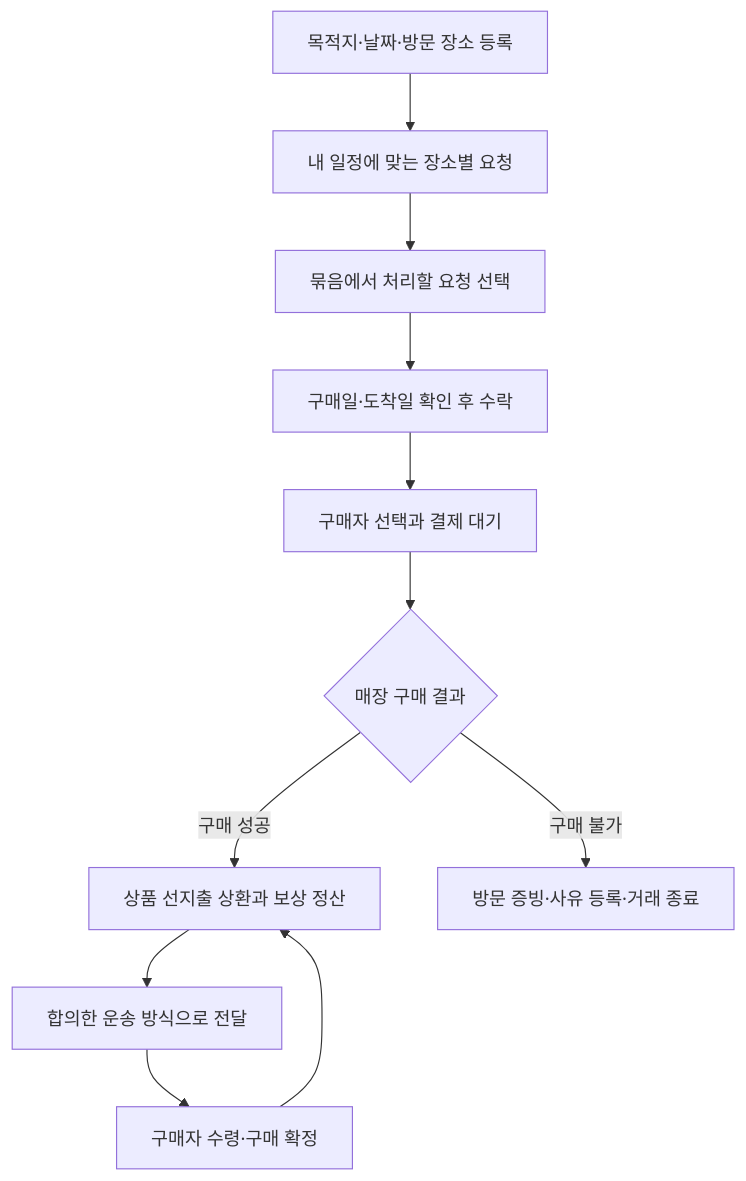
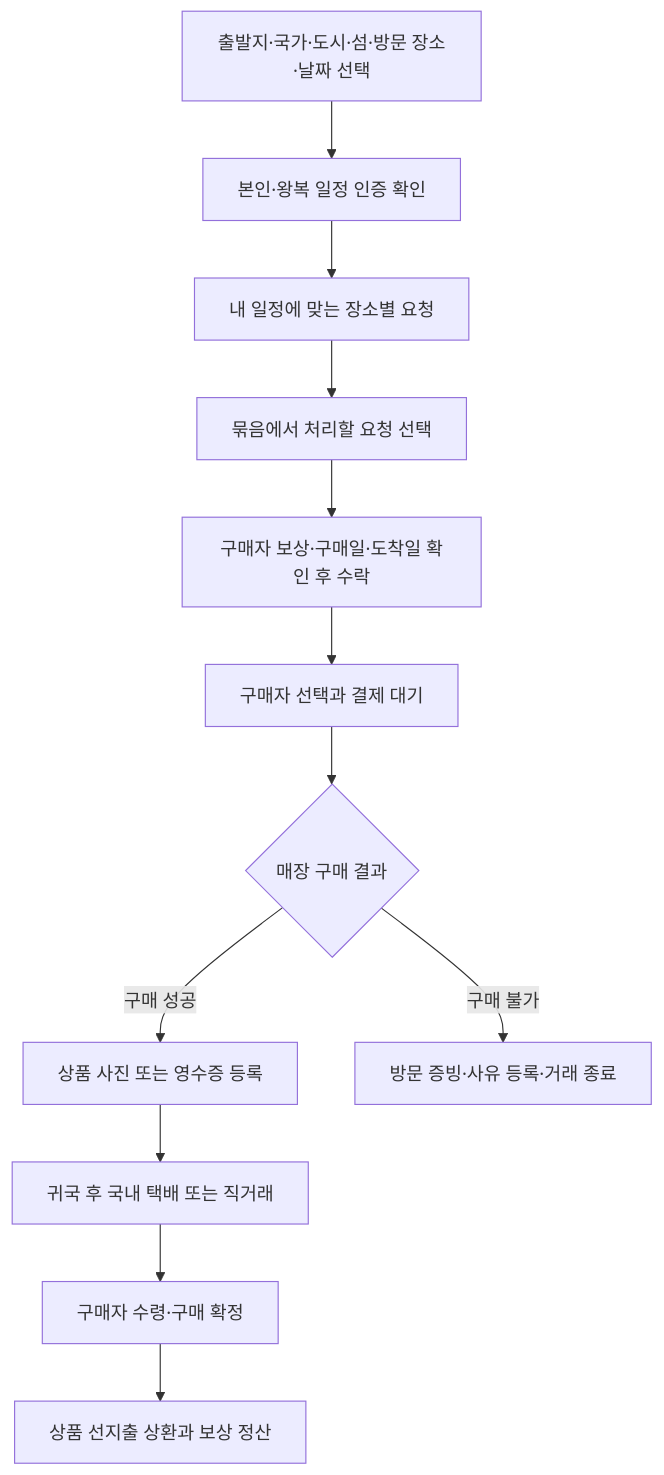
The second of 2 diagrams in docs/01-product-and-flows.md (sounkimha/moa), drawn with Mermaid before and after one commit. The commit also changed other lines of this file and 62 other files, not shown here.

````diff
--- a/docs/01-product-and-flows.md
+++ b/docs/01-product-and-flows.md
@@ -36,13 +36,14 @@
 ```mermaid
 flowchart TD
-  A["목적지·날짜·방문 장소 등록"] --> B["내 일정에 맞는 장소별 요청"]
+  A["출발지·국가·도시·섬·방문 장소·날짜 선택"] --> V["본인·왕복 일정 인증 확인"]
+  V --> B["내 일정에 맞는 장소별 요청"]
   B --> C["묶음에서 처리할 요청 선택"]
-  C --> D["구매일·도착일 확인 후 수락"]
+  C --> D["구매자 보상·구매일·도착일 확인 후 수락"]
   D --> E["구매자 선택과 결제 대기"]
   E --> F{"매장 구매 결과"}
-  F -->|구매 성공| I["상품 사진 또는 영수증 등록"]
+  F -->|구매 성공| P["상품 사진 또는 영수증 등록"]
   F -->|구매 불가| J["방문 증빙·사유 등록·거래 종료"]
-  I --> G["합의한 운송 방식으로 전달"]
+  P --> G["귀국 후 국내 택배 또는 직거래"]
   G --> H["구매자 수령·구매 확정"]
-  H --> I["상품 선지출 상환과 보상 정산"]
+  H --> Z["상품 선지출 상환과 보상 정산"]
 ```
````
